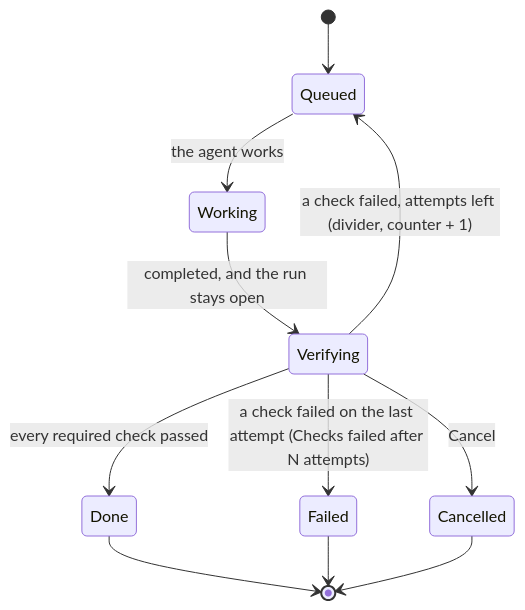
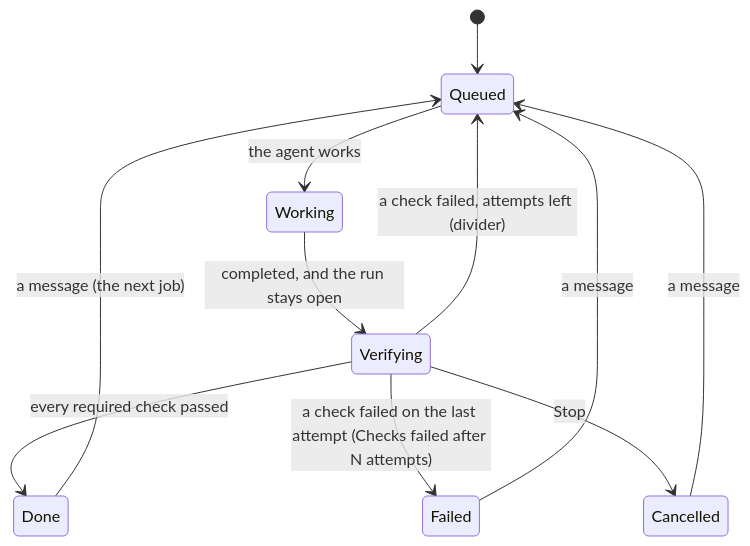
The fourth of 6 diagrams in web/README.md (vymalo/another-agentic-system), drawn with Mermaid before and after one commit. The commit also changed other lines of this file and 135 other files, not shown here.

First line of the commit message:
feat: a thread is a conversation — a message on a finished thread starts its next job (#62)

````diff
--- a/web/README.md
+++ b/web/README.md
@@ -203,13 +213,13 @@
 ```mermaid
 stateDiagram-v2
   [*] --> Queued
   Queued --> Working: the agent works
   Working --> Verifying: completed, and the run stays open
-  Verifying --> Queued: a check failed, attempts left (divider, counter + 1)
+  Verifying --> Queued: a check failed, attempts left (divider)
   Verifying --> Done: every required check passed
   Verifying --> Failed: a check failed on the last attempt (Checks failed after N attempts)
-  Verifying --> Cancelled: Cancel
-  Done --> [*]
-  Failed --> [*]
-  Cancelled --> [*]
+  Verifying --> Cancelled: Stop
+  Done --> Queued: a message (the next job)
+  Failed --> Queued: a message
+  Cancelled --> Queued: a message
 ```
````
